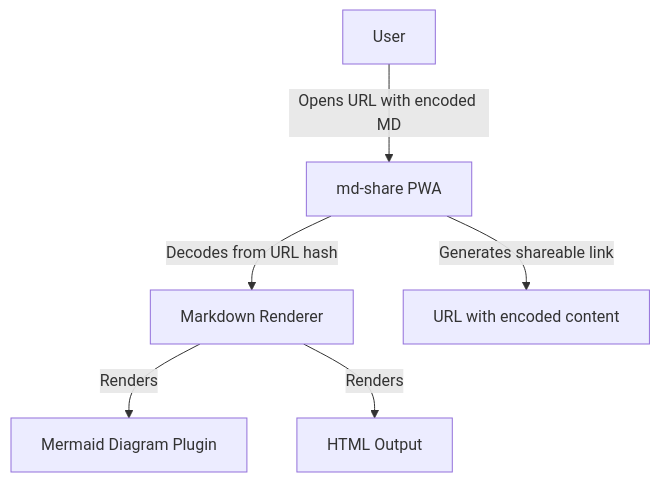
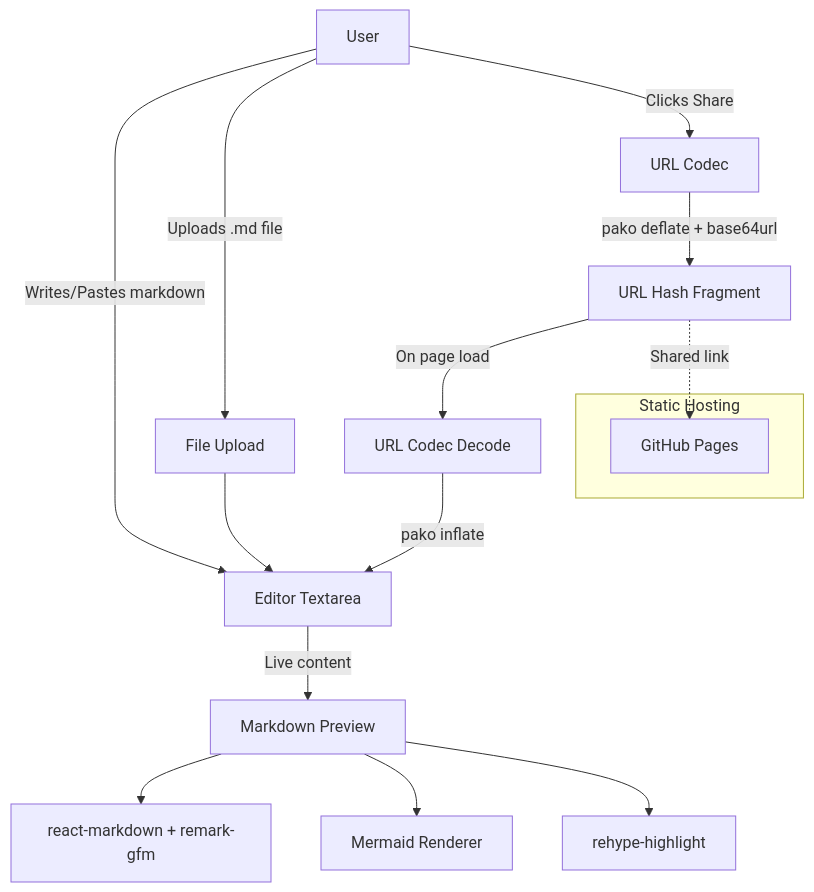
Before and after one commit to alejandroechev/md-share: the diagram in docs/system-diagram.md, drawn with Mermaid. The commit also changed 25 other files, not shown here.

````diff
--- a/docs/system-diagram.md
+++ b/docs/system-diagram.md
@@ -3,8 +3,20 @@
 ```mermaid
 graph TD
-    User[User] -->|Opens URL with encoded MD| App[md-share PWA]
-    App -->|Decodes from URL hash| Renderer[Markdown Renderer]
-    Renderer -->|Renders| MermaidPlugin[Mermaid Diagram Plugin]
-    Renderer -->|Renders| HTMLOutput[HTML Output]
-    App -->|Generates shareable link| ShareURL[URL with encoded content]
+    User[User] -->|Writes/Pastes markdown| Editor[Editor Textarea]
+    User -->|Uploads .md file| FileUpload[File Upload]
+    FileUpload --> Editor
+    Editor -->|Live content| Preview[Markdown Preview]
+    Preview --> ReactMarkdown[react-markdown + remark-gfm]
+    Preview --> MermaidRenderer[Mermaid Renderer]
+    Preview --> SyntaxHighlight[rehype-highlight]
+    User -->|Clicks Share| Encoder[URL Codec]
+    Encoder -->|pako deflate + base64url| URLHash[URL Hash Fragment]
+    URLHash -->|On page load| Decoder[URL Codec Decode]
+    Decoder -->|pako inflate| Editor
+    
+    subgraph Static Hosting
+        GHPages[GitHub Pages]
+    end
+    
+    URLHash -.->|Shared link| GHPages
 ```
````
